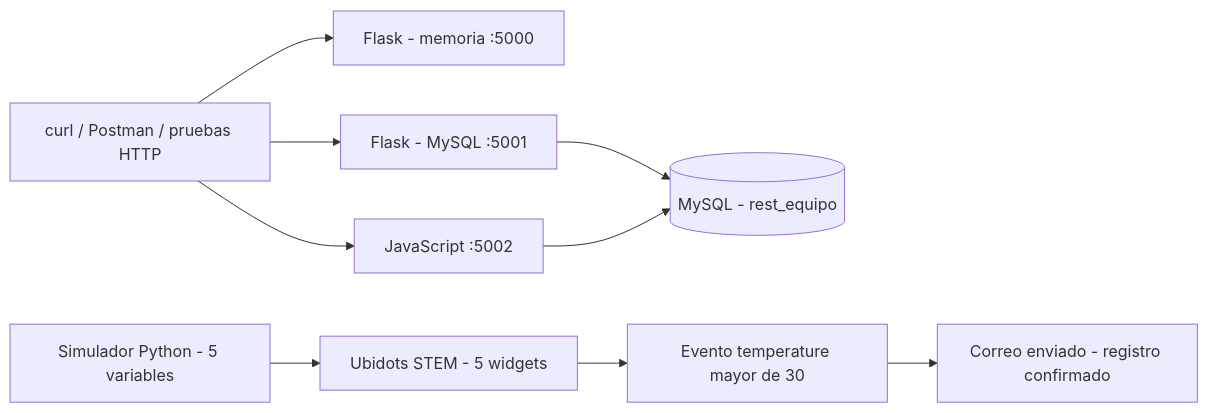
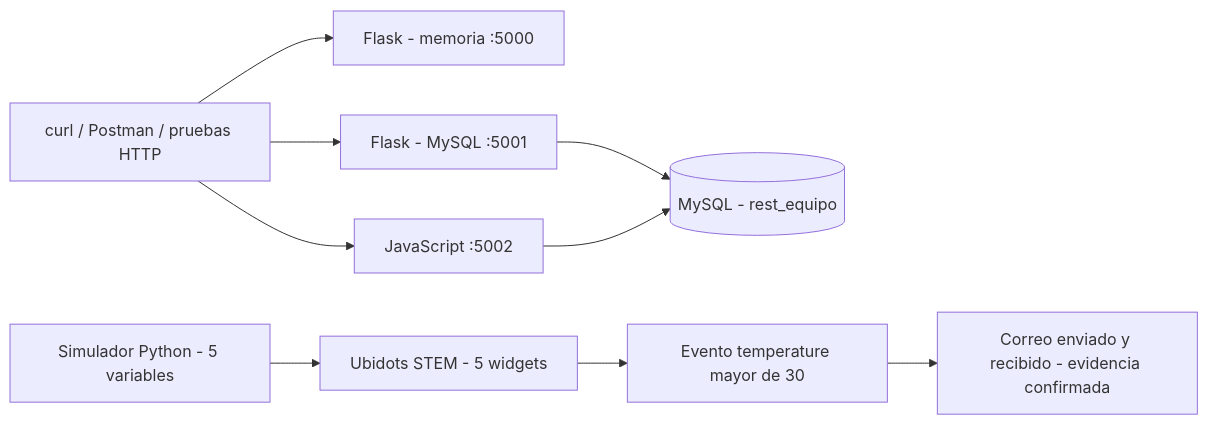
Before and after one commit to nathernandez1189/practica-rest-mysql-ubidots: the diagram in README.md, drawn with Mermaid. The commit also changed other lines of this file and 11 other files, not shown here.

````diff
--- a/README.md
+++ b/README.md
@@ -30,11 +30,11 @@
 ```mermaid
 flowchart LR
   C[curl / Postman / pruebas HTTP] --> M[Flask - memoria :5000]
   C --> P[Flask - MySQL :5001]
   C --> J[JavaScript :5002]
   P --> D[(MySQL - rest_equipo)]
   J --> D
   S[Simulador Python - 5 variables] --> U[Ubidots STEM - 5 widgets]
   U --> E[Evento temperature mayor de 30]
-  E --> A[Correo enviado - registro confirmado]
+  E --> A[Correo enviado y recibido - evidencia confirmada]
 ```
````
